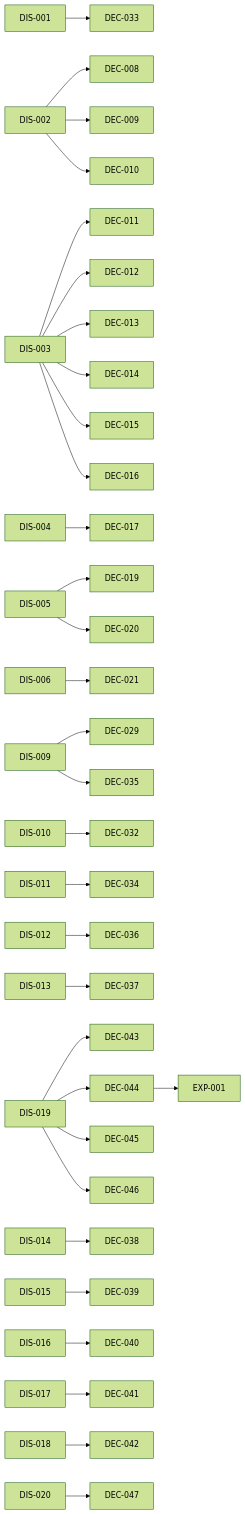
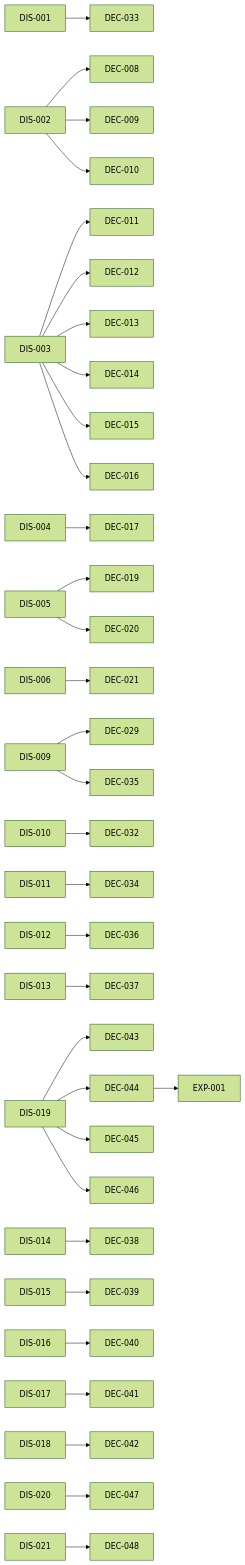
The diagram in INDEX.md (amartis/sonoai_research_notes), drawn with Mermaid (forest theme) before and after one commit. The commit also changed other lines of this file and 2 other files, not shown here.

Commit message:
DIS-021 and DEC-048: training progress, TensorBoard on the GPU box through an ssh tunnel

````diff
--- a/INDEX.md
+++ b/INDEX.md
@@ -172,34 +176,35 @@
 ```mermaid
 flowchart LR
   DEC_044[DEC-044] --> EXP_001[EXP-001]
   DIS_001[DIS-001] --> DEC_033[DEC-033]
   DIS_002[DIS-002] --> DEC_008[DEC-008]
   DIS_002[DIS-002] --> DEC_009[DEC-009]
   DIS_002[DIS-002] --> DEC_010[DEC-010]
   DIS_003[DIS-003] --> DEC_011[DEC-011]
   DIS_003[DIS-003] --> DEC_012[DEC-012]
   DIS_003[DIS-003] --> DEC_013[DEC-013]
   DIS_003[DIS-003] --> DEC_014[DEC-014]
   DIS_003[DIS-003] --> DEC_015[DEC-015]
   DIS_003[DIS-003] --> DEC_016[DEC-016]
   DIS_004[DIS-004] --> DEC_017[DEC-017]
   DIS_005[DIS-005] --> DEC_019[DEC-019]
   DIS_005[DIS-005] --> DEC_020[DEC-020]
   DIS_006[DIS-006] --> DEC_021[DEC-021]
   DIS_009[DIS-009] --> DEC_029[DEC-029]
   DIS_009[DIS-009] --> DEC_035[DEC-035]
   DIS_010[DIS-010] --> DEC_032[DEC-032]
   DIS_011[DIS-011] --> DEC_034[DEC-034]
   DIS_012[DIS-012] --> DEC_036[DEC-036]
   DIS_013[DIS-013] --> DEC_037[DEC-037]
   DIS_014[DIS-014] --> DEC_038[DEC-038]
   DIS_015[DIS-015] --> DEC_039[DEC-039]
   DIS_016[DIS-016] --> DEC_040[DEC-040]
   DIS_017[DIS-017] --> DEC_041[DEC-041]
   DIS_018[DIS-018] --> DEC_042[DEC-042]
   DIS_019[DIS-019] --> DEC_043[DEC-043]
   DIS_019[DIS-019] --> DEC_044[DEC-044]
   DIS_019[DIS-019] --> DEC_045[DEC-045]
   DIS_019[DIS-019] --> DEC_046[DEC-046]
   DIS_020[DIS-020] --> DEC_047[DEC-047]
+  DIS_021[DIS-021] --> DEC_048[DEC-048]
 ```
````
